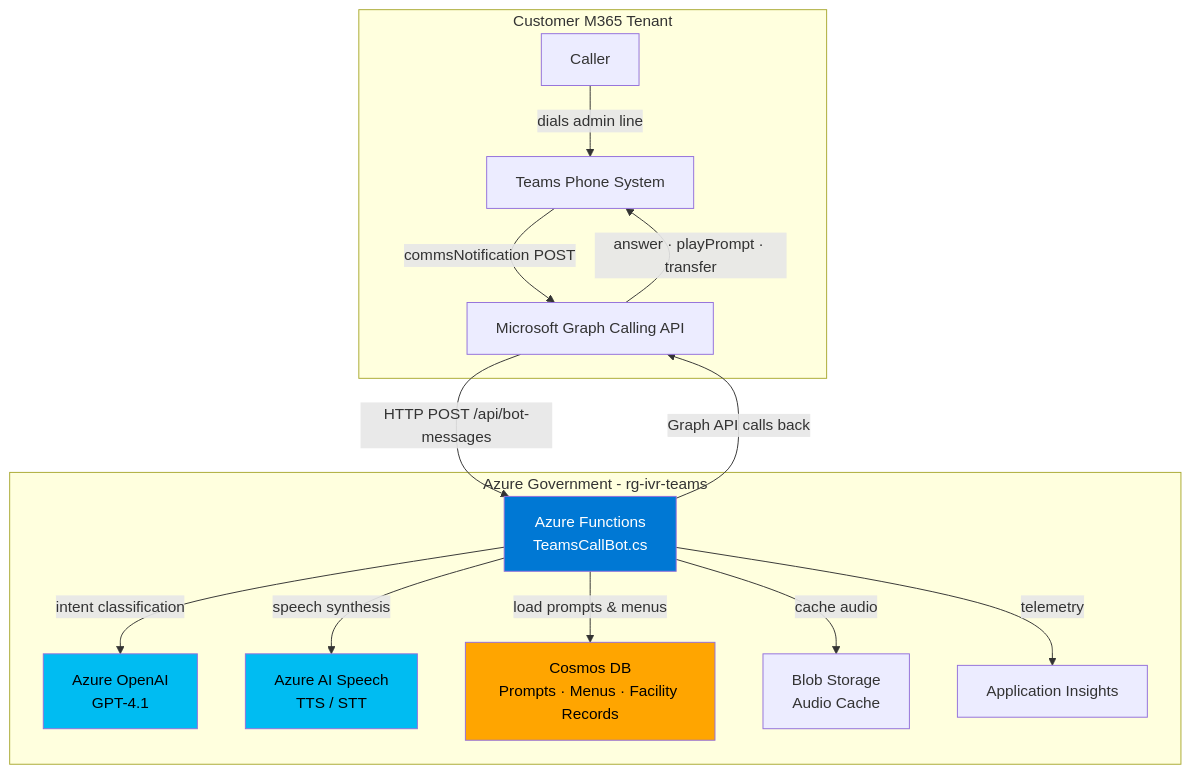
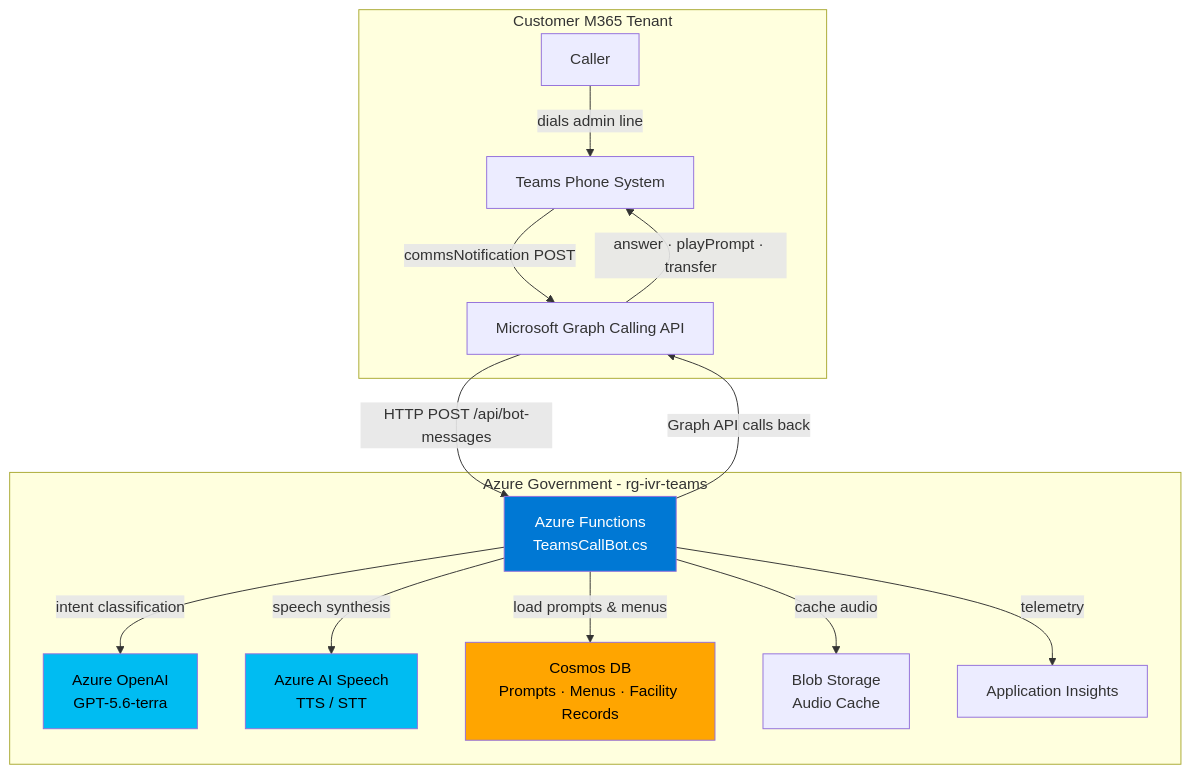
The first of 6 diagrams in docs/AI-MCP-agentic-config.md (wtomaz808/e611-IVR), drawn with Mermaid before and after one commit. The commit also changed other lines of this file and 12 other files, not shown here.

````diff
--- a/docs/AI-MCP-agentic-config.md
+++ b/docs/AI-MCP-agentic-config.md
@@ -103,33 +103,33 @@
 ```mermaid
 graph TB
     subgraph "Customer M365 Tenant"
         Caller[Caller]
         Teams[Teams Phone System]
         Graph[Microsoft Graph Calling API]
     end
 
     subgraph "Azure Government - rg-ivr-teams"
         Func[Azure Functions\nTeamsCallBot.cs]
-        OpenAI[Azure OpenAI\nGPT-4.1]
+        OpenAI[Azure OpenAI\nGPT-5.6-terra]
         Speech[Azure AI Speech\nTTS / STT]
         Cosmos[Cosmos DB\nPrompts · Menus · Facility Records]
         Blob[Blob Storage\nAudio Cache]
         AppInsights[Application Insights]
     end
 
     Caller -->|dials admin line| Teams
     Teams -->|commsNotification POST| Graph
     Graph -->|HTTP POST /api/bot-messages| Func
     Func -->|intent classification| OpenAI
     Func -->|speech synthesis| Speech
     Func -->|load prompts & menus| Cosmos
     Func -->|cache audio| Blob
     Func -->|Graph API calls back| Graph
     Graph -->|answer · playPrompt · transfer| Teams
     Func -->|telemetry| AppInsights
 
     style Func fill:#0078D4,color:#fff
     style OpenAI fill:#00BCF2,color:#000
     style Speech fill:#00BCF2,color:#000
     style Cosmos fill:#FFA500,color:#000
 ```
````
